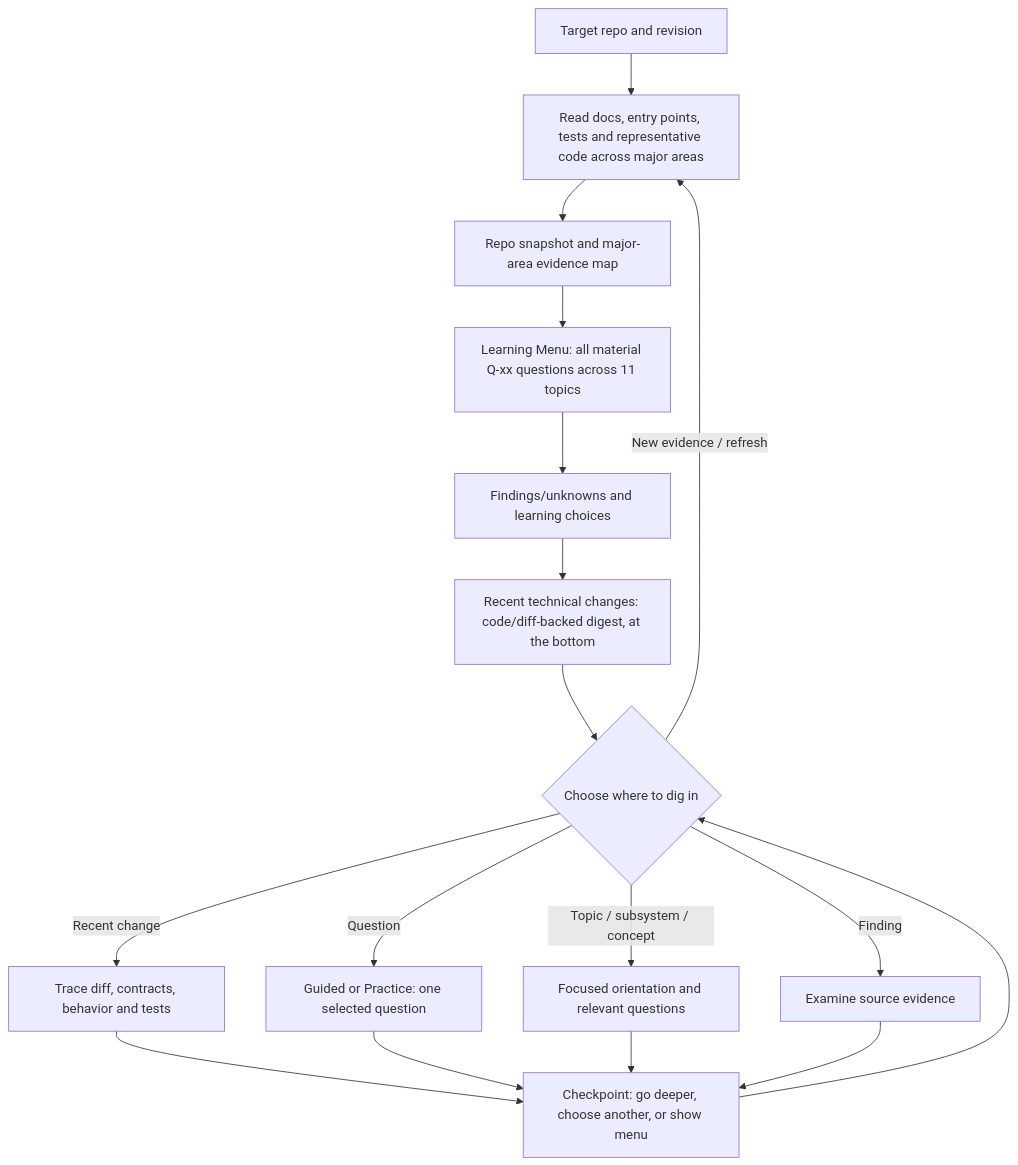
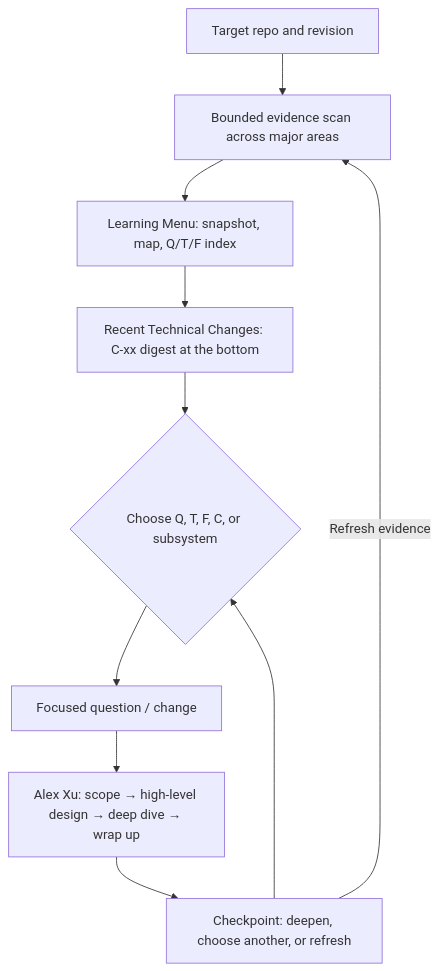
Before and after one commit to rlynjb/dotskills: the diagram in skills/learn-repo/README.md, drawn with Mermaid. The commit also changed other lines of this file, not shown here.

Commit message:
docs(learn-repo): simplify README and align workflow diagram

````diff
--- a/skills/learn-repo/README.md
+++ b/skills/learn-repo/README.md
@@ -21,19 +21,12 @@
 ```mermaid
 flowchart TD
- A["Target repo and revision"] --> B["Read docs, entry points, tests and representative code across major areas"]
- B --> C["Repo snapshot and major-area evidence map"]
- C --> D["Learning Menu: all material Q-xx questions across 11 topics"]
- D --> E["Findings/unknowns and learning choices"]
- E --> K["Recent technical changes: code/diff-backed digest, at the bottom"]
- K --> F{"Choose where to dig in"}
- F -->|"Question"| G["Guided or Practice: one selected question"]
- F -->|"Topic / subsystem / concept"| H["Focused orientation and relevant questions"]
- F -->|"Finding"| I["Examine source evidence"]
- F -->|"Recent change"| L["Trace diff, contracts, behavior and tests"]
- L --> J
- G --> J["Checkpoint: go deeper, choose another, or show menu"]
- H --> J
- I --> J
- J --> F
- F -->|"New evidence / refresh"| B
+ A["Target repo and revision"] --> B["Bounded evidence scan across major areas"]
+ B --> C["Learning Menu: snapshot, map, Q/T/F index"]
+ C --> D["Recent Technical Changes: C-xx digest at the bottom"]
+ D --> E{"Choose Q, T, F, C, or subsystem"}
+ E --> F["Focused question / change"]
+ F --> G["Alex Xu: scope → high-level design → deep dive → wrap up"]
+ G --> H["Checkpoint: deepen, choose another, or refresh"]
+ H --> E
+ H -->|"Refresh evidence"| B
 ```
````
